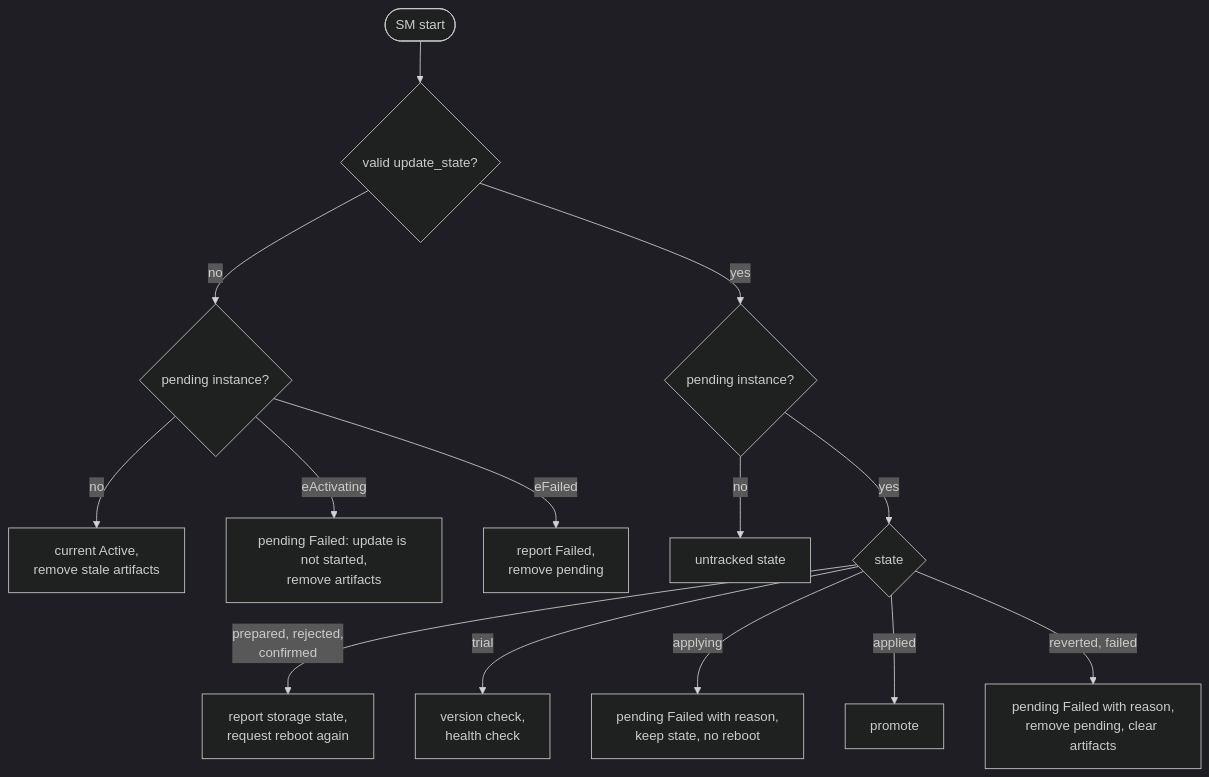
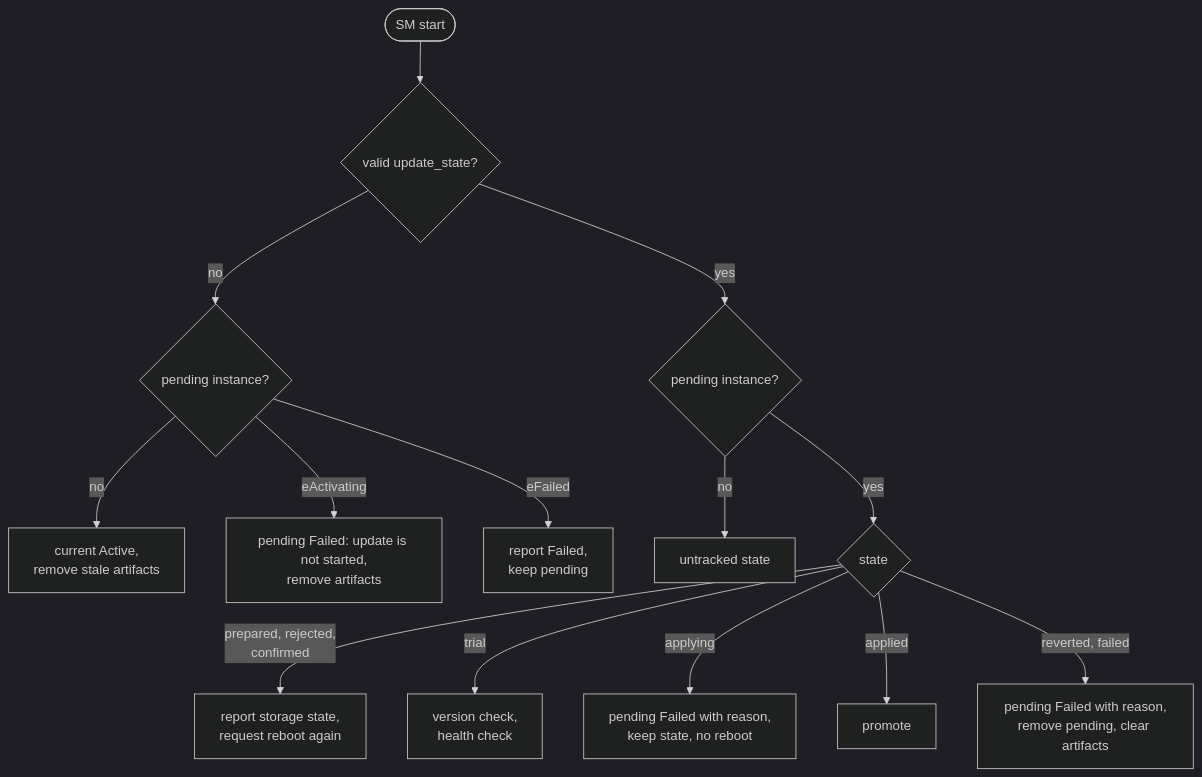
Before and after one commit to aosedge/aos_core_cpp: the fourth of 4 diagrams in src/sm/launcher/runtimes/rootfs/rootfs.md, drawn with Mermaid (dark theme). The commit also changed other lines of this file and 9 other files, not shown here.

````diff
--- a/src/sm/launcher/runtimes/rootfs/rootfs.md
+++ b/src/sm/launcher/runtimes/rootfs/rootfs.md
@@ -347,19 +351,19 @@
 ```mermaid
 flowchart TD
     start([SM start]) --> file{valid update_state?}
 
     file -- no --> pendNoFile{pending instance?}
     pendNoFile -- no --> idle[current Active,<br/>remove stale artifacts]
     pendNoFile -- eActivating --> notStarted[pending Failed: update is not started,<br/>remove artifacts]
-    pendNoFile -- eFailed --> reportFailed[report Failed,<br/>remove pending]
+    pendNoFile -- eFailed --> reportFailed[report Failed,<br/>keep pending]
 
     file -- yes --> pend{pending instance?}
     pend -- no --> untracked[untracked state]
     pend -- yes --> st{state}
 
     st -- prepared, rejected,<br/>confirmed --> wait[report storage state,<br/>request reboot again]
     st -- trial --> trial[version check,<br/>health check]
     st -- applying --> applyFailed[pending Failed with reason,<br/>keep state, no reboot]
     st -- applied --> promote[promote]
     st -- reverted, failed --> failed[pending Failed with reason,<br/>remove pending, clear artifacts]
 ```
````
